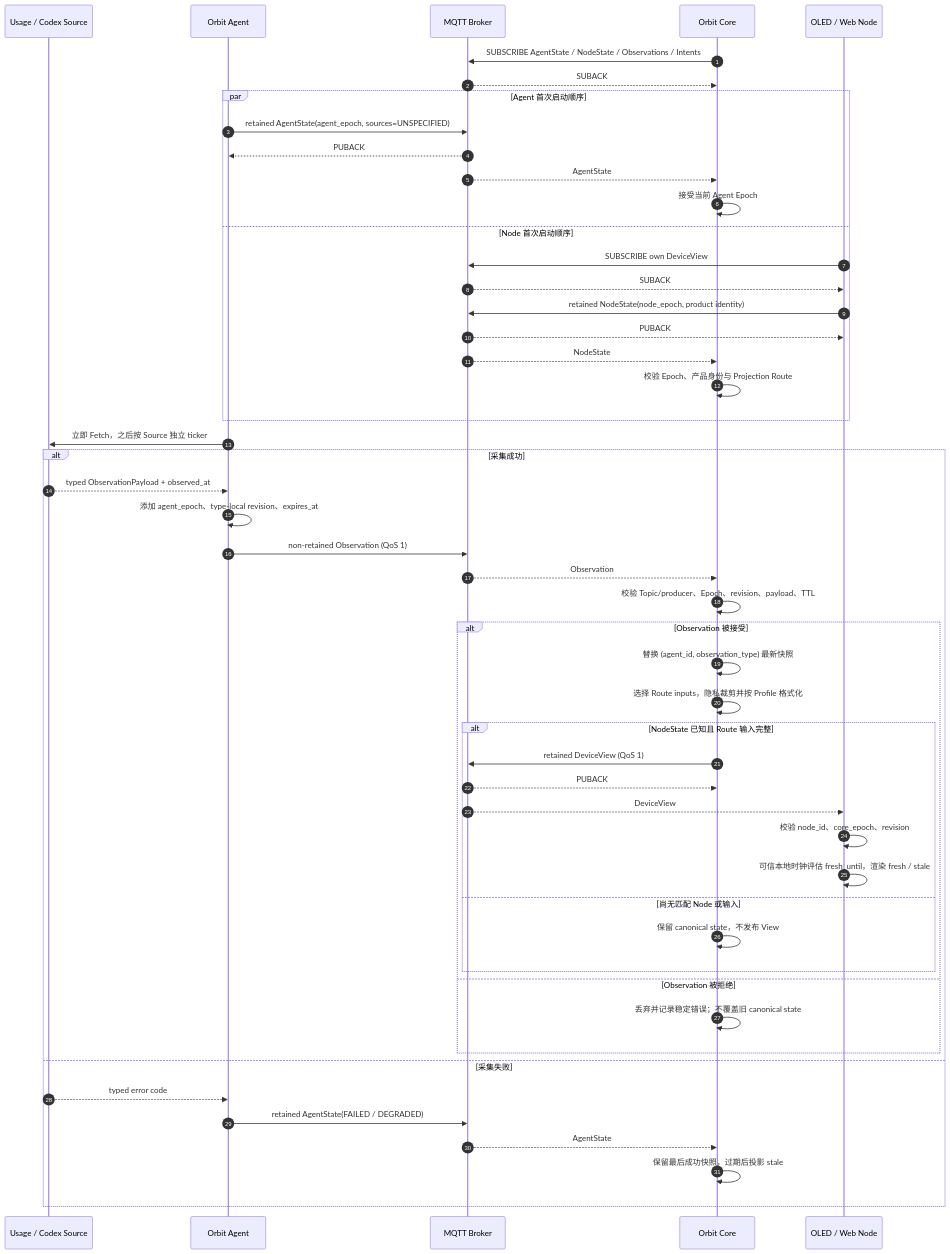
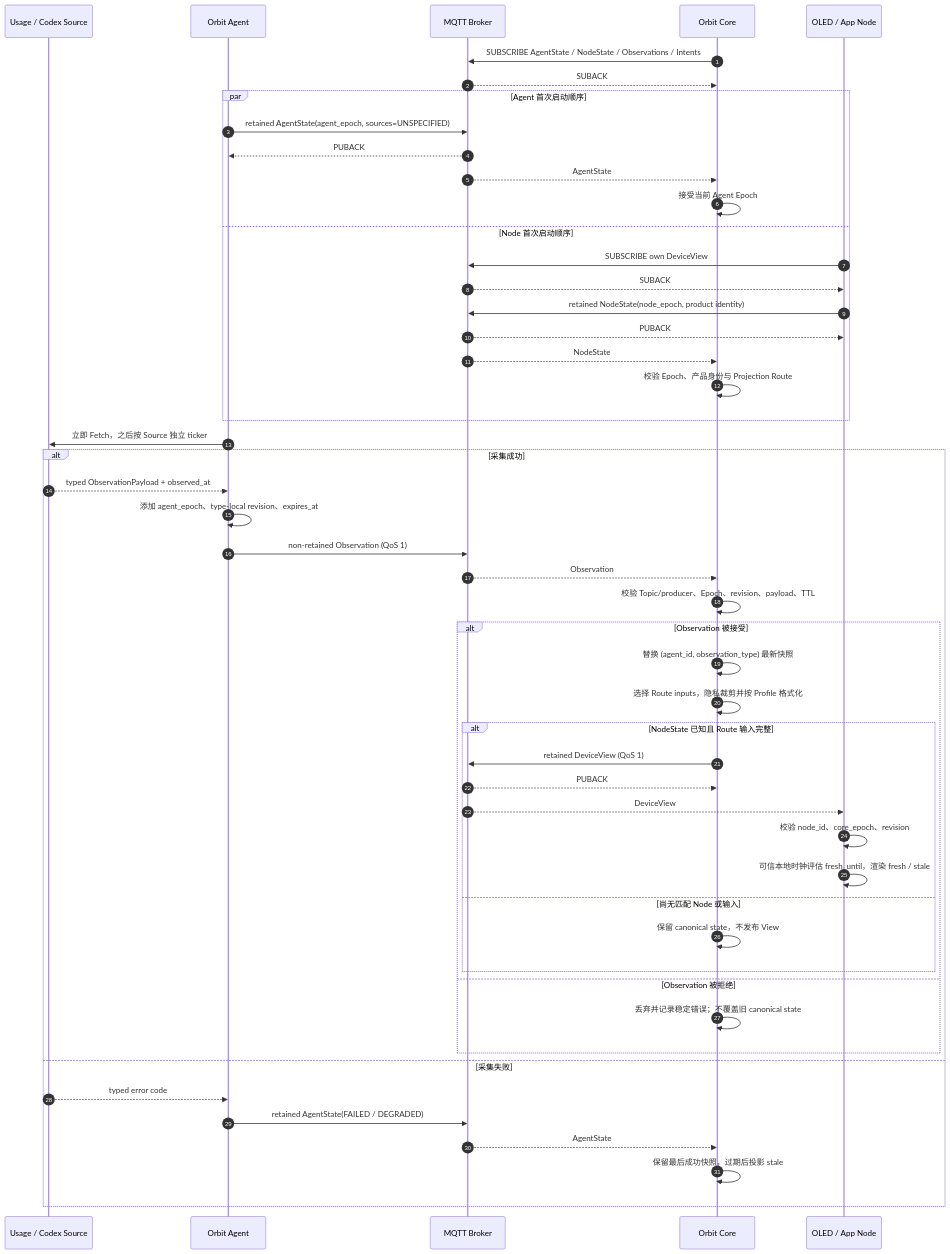
One commit to leowzz/orbit changed the fifth of 6 diagrams in docs/design.md. Above: the diagram before and after it, drawn with Mermaid. The commit also changed other lines of this file and 52 other files, not shown here.

Commit message:
refactor(architecture): retire standalone orbit-web service

````diff
--- a/docs/design.md
+++ b/docs/design.md
@@ -522,54 +525,54 @@
 ```mermaid
 sequenceDiagram
     autonumber
     participant Source as Usage / Codex Source
     participant Agent as Orbit Agent
     participant MQTT as MQTT Broker
     participant Core as Orbit Core
-    participant Node as OLED / Web Node
+    participant Node as OLED / App Node
 
     Core->>MQTT: SUBSCRIBE AgentState / NodeState / Observations / Intents
     MQTT-->>Core: SUBACK
     par Agent 首次启动顺序
         Agent->>MQTT: retained AgentState(agent_epoch, sources=UNSPECIFIED)
         MQTT-->>Agent: PUBACK
         MQTT-->>Core: AgentState
         Core->>Core: 接受当前 Agent Epoch
     and Node 首次启动顺序
         Node->>MQTT: SUBSCRIBE own DeviceView
         MQTT-->>Node: SUBACK
         Node->>MQTT: retained NodeState(node_epoch, product identity)
         MQTT-->>Node: PUBACK
         MQTT-->>Core: NodeState
         Core->>Core: 校验 Epoch、产品身份与 Projection Route
     end
 
     Agent->>Source: 立即 Fetch，之后按 Source 独立 ticker
     alt 采集成功
         Source-->>Agent: typed ObservationPayload + observed_at
         Agent->>Agent: 添加 agent_epoch、type-local revision、expires_at
         Agent->>MQTT: non-retained Observation (QoS 1)
         MQTT-->>Core: Observation
         Core->>Core: 校验 Topic/producer、Epoch、revision、payload、TTL
         alt Observation 被接受
             Core->>Core: 替换 (agent_id, observation_type) 最新快照
             Core->>Core: 选择 Route inputs，隐私裁剪并按 Profile 格式化
             alt NodeState 已知且 Route 输入完整
                 Core->>MQTT: retained DeviceView (QoS 1)
                 MQTT-->>Core: PUBACK
                 MQTT-->>Node: DeviceView
                 Node->>Node: 校验 node_id、core_epoch、revision
                 Node->>Node: 可信本地时钟评估 fresh_until，渲染 fresh / stale
             else 尚无匹配 Node 或输入
                 Core->>Core: 保留 canonical state，不发布 View
             end
         else Observation 被拒绝
             Core->>Core: 丢弃并记录稳定错误；不覆盖旧 canonical state
         end
     else 采集失败
         Source-->>Agent: typed error code
         Agent->>MQTT: retained AgentState(FAILED / DEGRADED)
         MQTT-->>Core: AgentState
         Core->>Core: 保留最后成功快照，过期后投影 stale
     end
 ```
````
